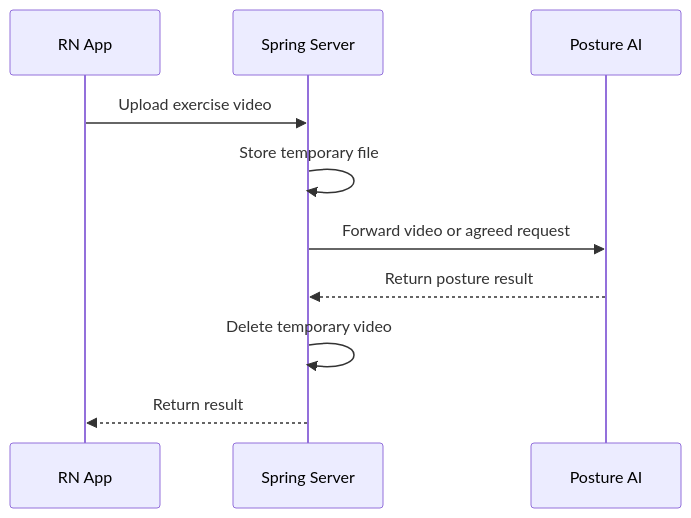
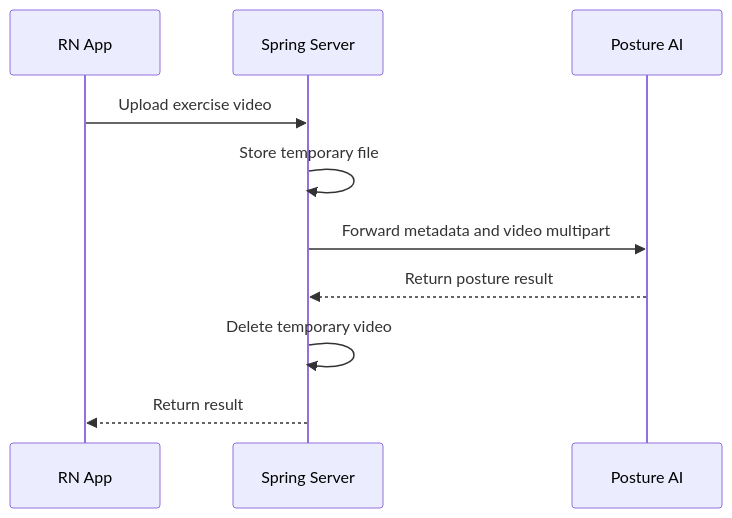
The fourth of 4 diagrams in docs/architecture.md (somahackathon/Health-Server), drawn with Mermaid before and after one commit. The commit also changed other lines of this file and 43 other files, not shown here.

````diff
--- a/docs/architecture.md
+++ b/docs/architecture.md
@@ -90,13 +92,13 @@
 ```mermaid
 sequenceDiagram
     participant App as RN App
     participant Server as Spring Server
     participant AI as Posture AI
 
     App->>Server: Upload exercise video
     Server->>Server: Store temporary file
-    Server->>AI: Forward video or agreed request
+    Server->>AI: Forward metadata and video multipart
     AI-->>Server: Return posture result
     Server->>Server: Delete temporary video
     Server-->>App: Return result
 ```
````
